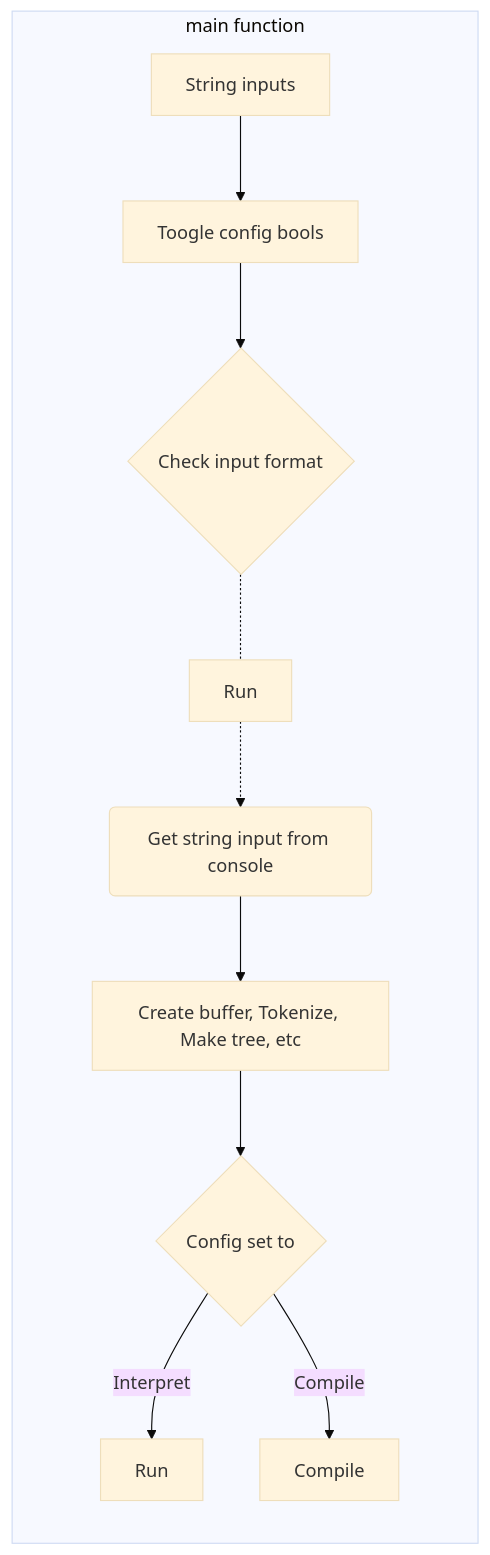
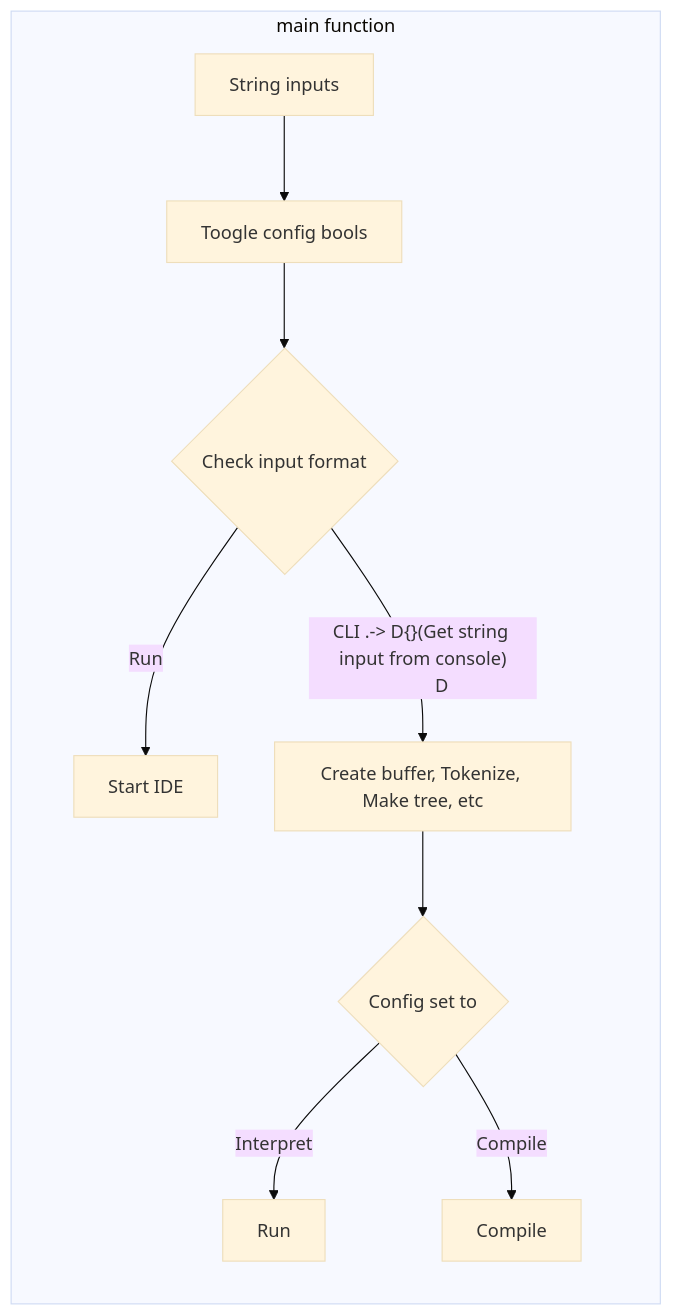
One commit to Jzhyang1/Monomer changed the sixth of 6 diagrams in Implementation.md. Above: the diagram before and after it, drawn with Mermaid (base theme). The commit also changed other lines of this file, not shown here.

````diff
--- a/Implementation.md
+++ b/Implementation.md
@@ -229,12 +229,13 @@
 ```mermaid
 graph LR
 subgraph sg1["main function"]
 	A[String inputs] --> B[Toogle config bools]
 	B --> C{Check input format}
-	C .- Run .-> D(Get string input from console)
+	C -- Run --> E[Start IDE]
+	C -- CLI .-> D{}(Get string input from console)
 	D --> I[Create buffer, Tokenize, Make tree, etc]
 	I --> J{Config set to}
 	J -- Interpret --> K[Run]
 	J -- Compile --> L[Compile]
 end
 ```
````
